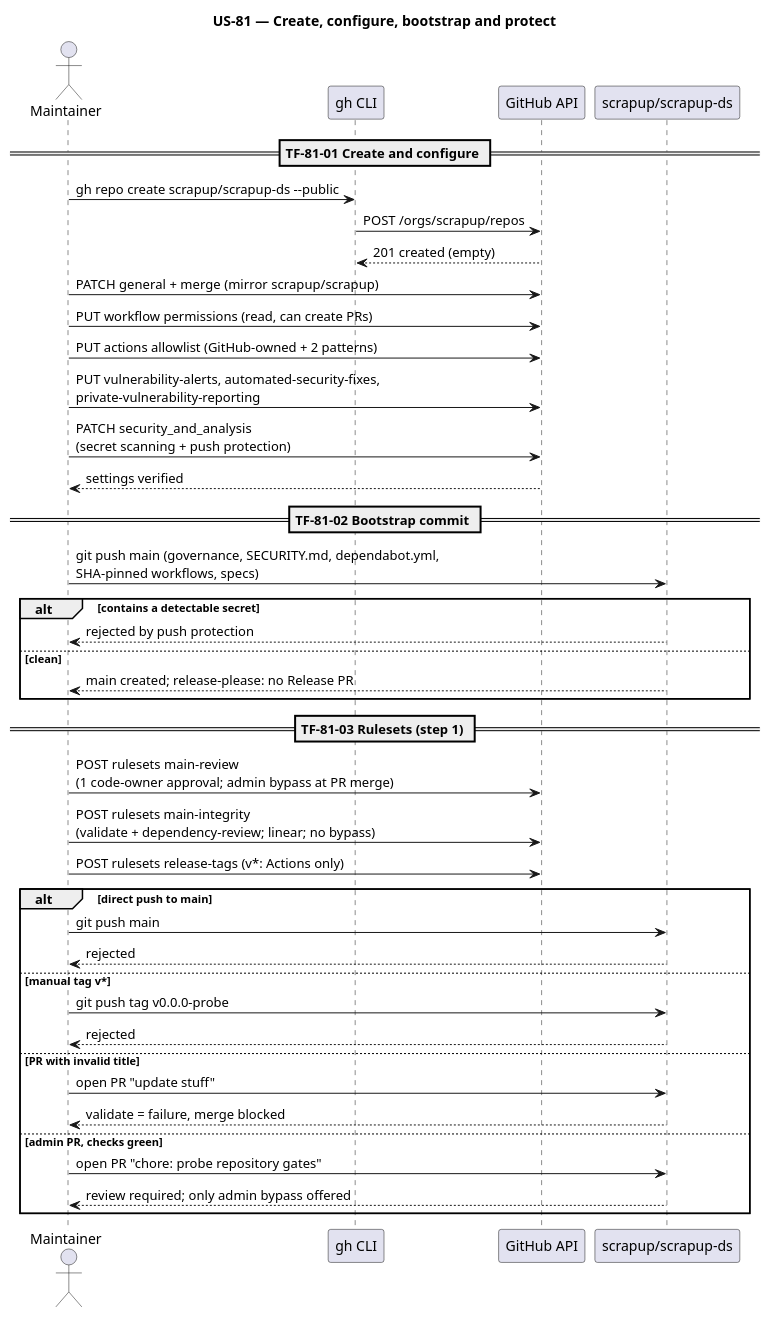
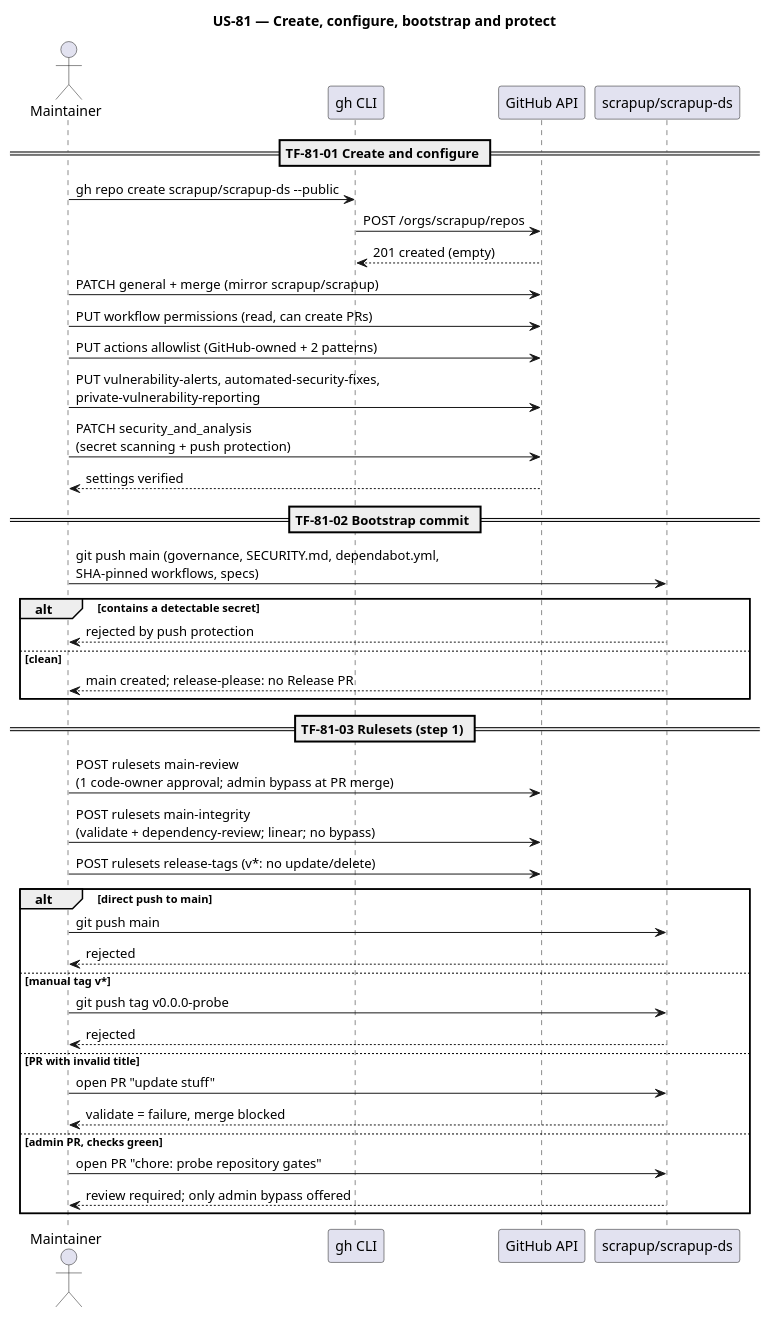
One commit to scrapup/scrapup-ds changed the diagram in docs/specs/design-system-foundation/diagrams/seq-bootstrap.puml. Above: the diagram before and after it, drawn with PlantUML. The commit also changed 6 other files, not shown here.

First line of the commit message:
docs(specs): align release-tags ruleset and bootstrap criteria with platform limits (#5)

```diff
--- a/docs/specs/design-system-foundation/diagrams/seq-bootstrap.puml
+++ b/docs/specs/design-system-foundation/diagrams/seq-bootstrap.puml
@@ -1,42 +1,42 @@
 @startuml seq-bootstrap
 title US-81 — Create, configure, bootstrap and protect
 actor Maintainer
 participant "gh CLI" as GH
 participant "GitHub API" as API
 participant "scrapup/scrapup-ds" as Repo
 
 == TF-81-01 Create and configure ==
 Maintainer -> GH : gh repo create scrapup/scrapup-ds --public
 GH -> API : POST /orgs/scrapup/repos
 API --> GH : 201 created (empty)
 Maintainer -> API : PATCH general + merge (mirror scrapup/scrapup)
 Maintainer -> API : PUT workflow permissions (read, can create PRs)
 Maintainer -> API : PUT actions allowlist (GitHub-owned + 2 patterns)
 Maintainer -> API : PUT vulnerability-alerts, automated-security-fixes,\nprivate-vulnerability-reporting
 Maintainer -> API : PATCH security_and_analysis\n(secret scanning + push protection)
 API --> Maintainer : settings verified
 == TF-81-02 Bootstrap commit ==
 Maintainer -> Repo : git push main (governance, SECURITY.md, dependabot.yml,\nSHA-pinned workflows, specs)
 alt contains a detectable secret
   Repo --> Maintainer : rejected by push protection
 else clean
   Repo --> Maintainer : main created; release-please: no Release PR
 end
 == TF-81-03 Rulesets (step 1) ==
 Maintainer -> API : POST rulesets main-review\n(1 code-owner approval; admin bypass at PR merge)
 Maintainer -> API : POST rulesets main-integrity\n(validate + dependency-review; linear; no bypass)
-Maintainer -> API : POST rulesets release-tags (v*: Actions only)
+Maintainer -> API : POST rulesets release-tags (v*: no update/delete)
 alt direct push to main
   Maintainer -> Repo : git push main
   Repo --> Maintainer : rejected
 else manual tag v*
   Maintainer -> Repo : git push tag v0.0.0-probe
   Repo --> Maintainer : rejected
 else PR with invalid title
   Maintainer -> Repo : open PR "update stuff"
   Repo --> Maintainer : validate = failure, merge blocked
 else admin PR, checks green
   Maintainer -> Repo : open PR "chore: probe repository gates"
   Repo --> Maintainer : review required; only admin bypass offered
 end
 @enduml
```
